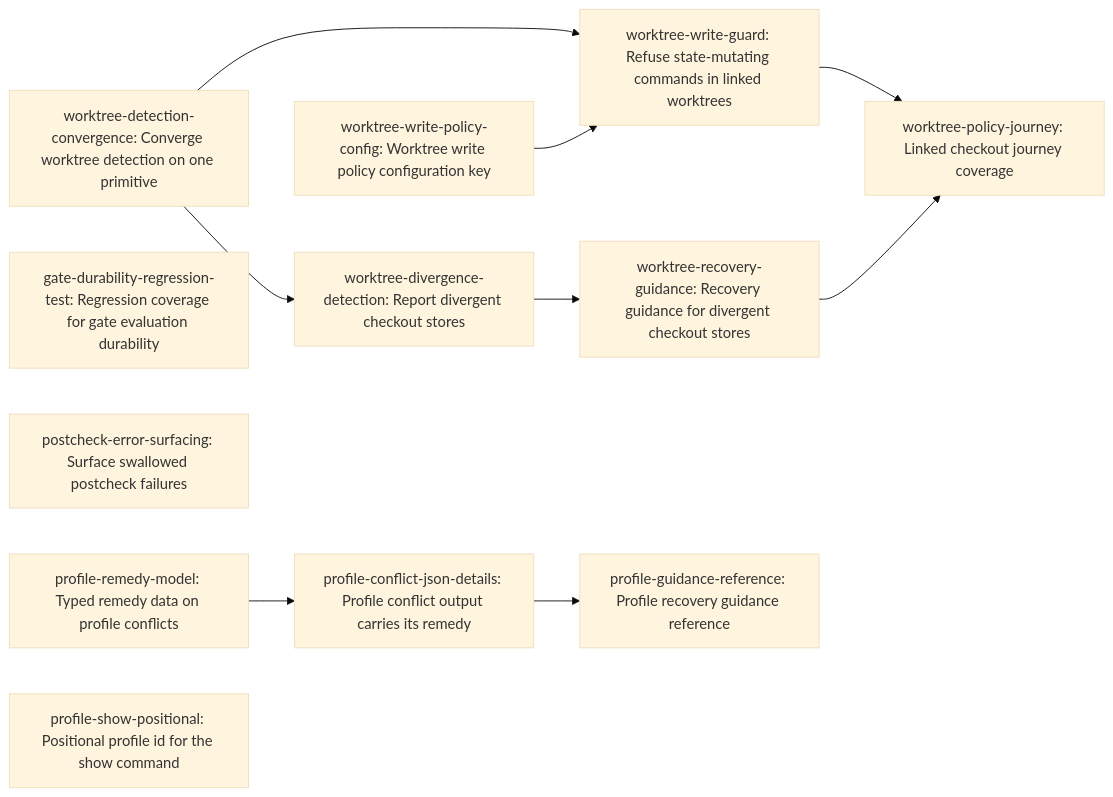
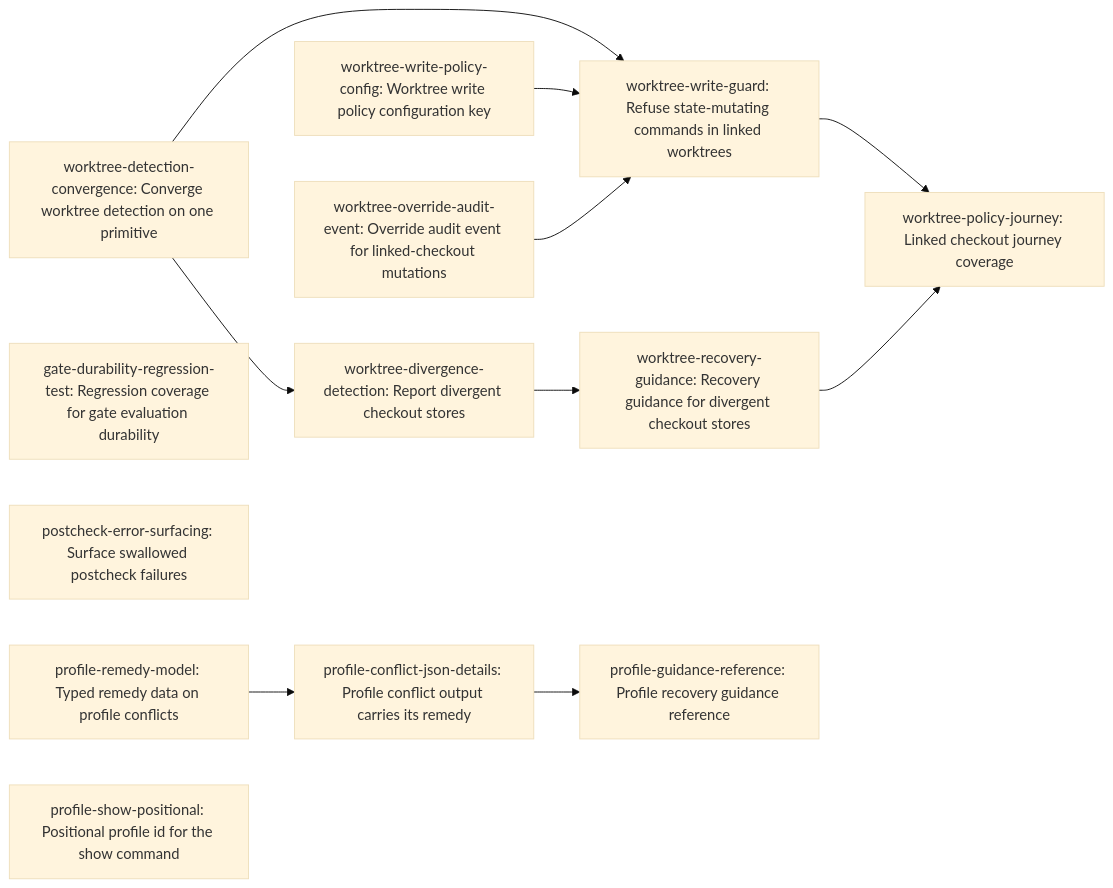
The diagram in dev/active/4a559332-gf2-adopter-reliability/plan.md (erankavija/just-in-time), drawn with Mermaid (base theme) before and after one commit. The commit also changed other lines of this file and 1 other file, not shown here.

Commit message:
docs(jit:629c3d73): scope override audit event as its own producer task

````diff
--- a/dev/active/4a559332-gf2-adopter-reliability/plan.md
+++ b/dev/active/4a559332-gf2-adopter-reliability/plan.md
@@ -94,23 +103,25 @@
 ```mermaid
 flowchart LR
     N0["worktree-detection-convergence: Converge worktree detection on one primitive"]
     N1["worktree-write-policy-config: Worktree write policy configuration key"]
-    N2["worktree-write-guard: Refuse state-mutating commands in linked worktrees"]
-    N3["worktree-divergence-detection: Report divergent checkout stores"]
-    N4["worktree-recovery-guidance: Recovery guidance for divergent checkout stores"]
-    N5["gate-durability-regression-test: Regression coverage for gate evaluation durability"]
-    N6["postcheck-error-surfacing: Surface swallowed postcheck failures"]
-    N7["profile-remedy-model: Typed remedy data on profile conflicts"]
-    N8["profile-conflict-json-details: Profile conflict output carries its remedy"]
-    N9["profile-guidance-reference: Profile recovery guidance reference"]
-    N10["profile-show-positional: Positional profile id for the show command"]
-    N11["worktree-policy-journey: Linked checkout journey coverage"]
-    N0 --> N2
-    N1 --> N2
+    N2["worktree-override-audit-event: Override audit event for linked-checkout mutations"]
+    N3["worktree-write-guard: Refuse state-mutating commands in linked worktrees"]
+    N4["worktree-divergence-detection: Report divergent checkout stores"]
+    N5["worktree-recovery-guidance: Recovery guidance for divergent checkout stores"]
+    N6["gate-durability-regression-test: Regression coverage for gate evaluation durability"]
+    N7["postcheck-error-surfacing: Surface swallowed postcheck failures"]
+    N8["profile-remedy-model: Typed remedy data on profile conflicts"]
+    N9["profile-conflict-json-details: Profile conflict output carries its remedy"]
+    N10["profile-guidance-reference: Profile recovery guidance reference"]
+    N11["profile-show-positional: Positional profile id for the show command"]
+    N12["worktree-policy-journey: Linked checkout journey coverage"]
     N0 --> N3
-    N3 --> N4
-    N7 --> N8
+    N1 --> N3
+    N2 --> N3
+    N0 --> N4
+    N4 --> N5
     N8 --> N9
-    N2 --> N11
-    N4 --> N11
+    N9 --> N10
+    N3 --> N12
+    N5 --> N12
 ```
````
